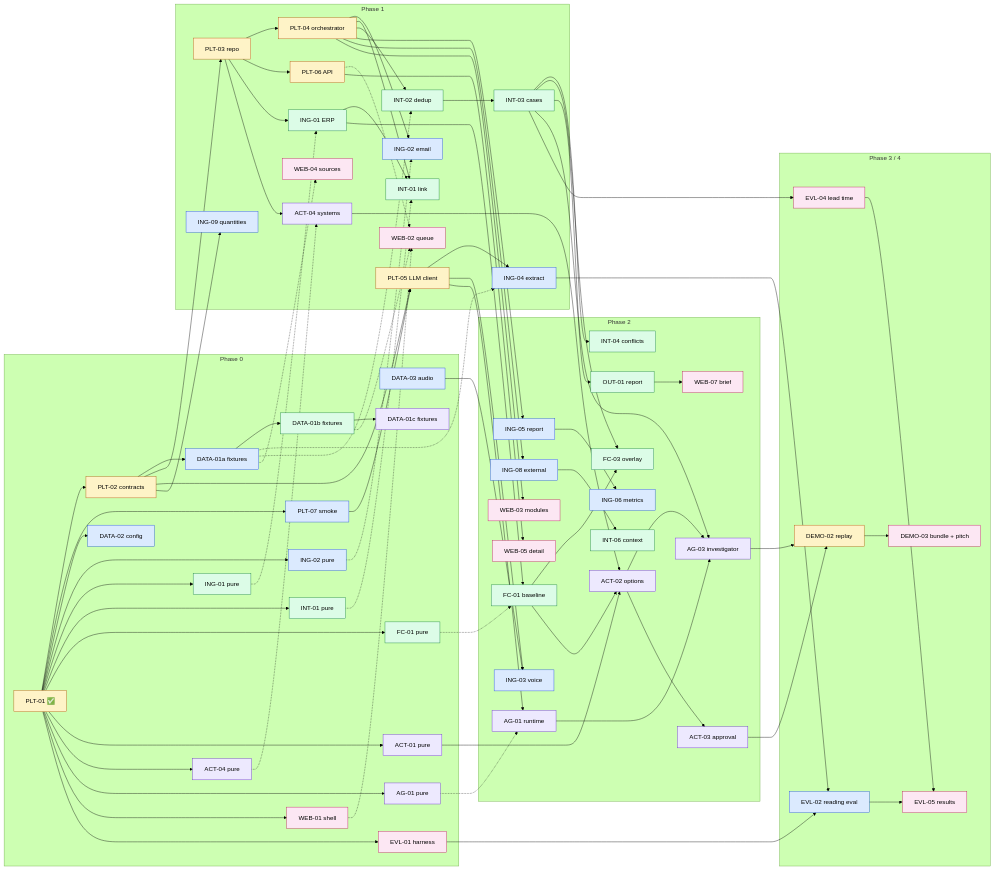
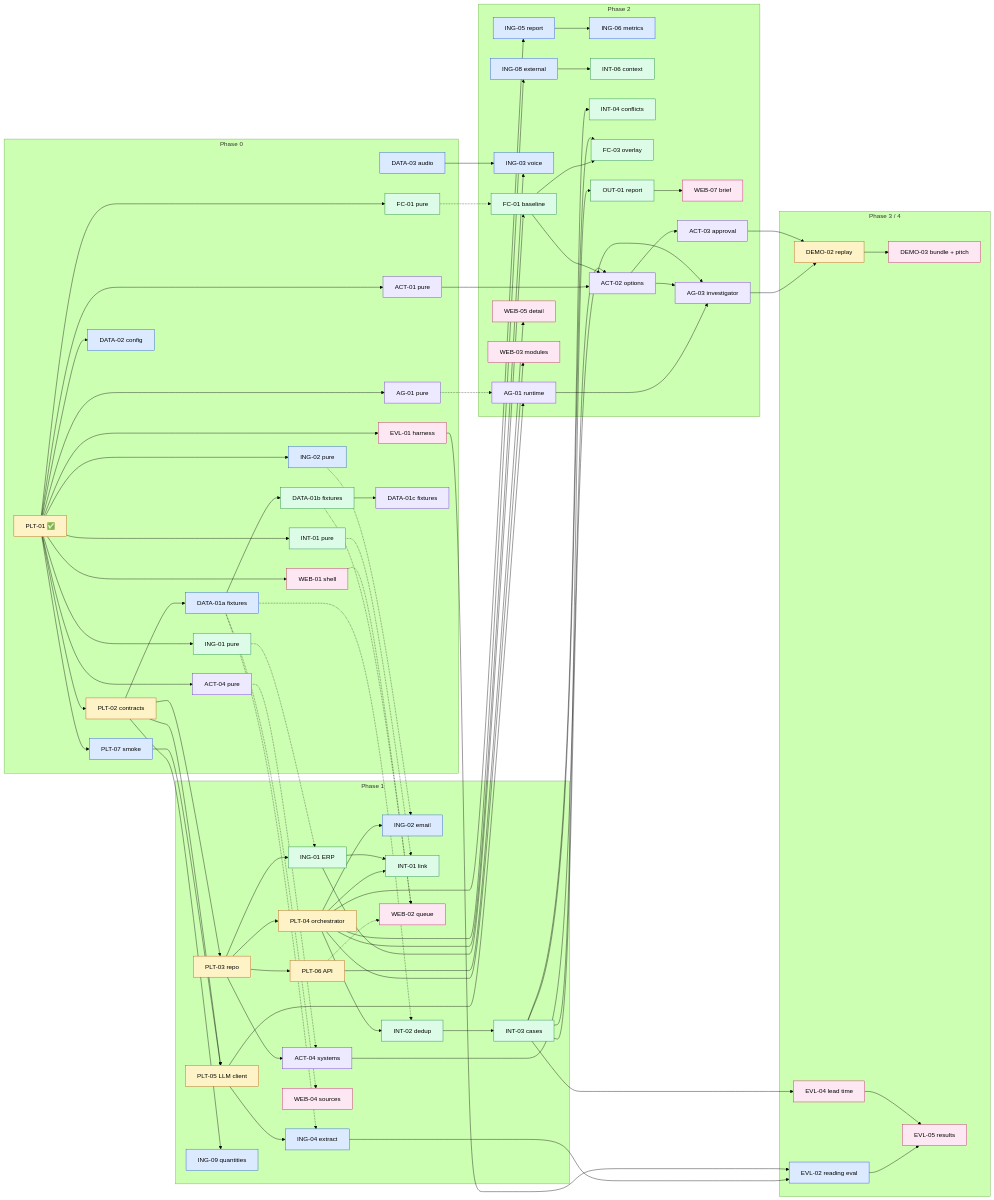
One commit to viganogabriele/fastweb-ai-hack changed the diagram in docs/PLAN.md. Above: the diagram before and after it, drawn with Mermaid (forest theme). The commit also changed other lines of this file, not shown here.

```diff
--- a/docs/PLAN.md
+++ b/docs/PLAN.md
@@ -249,7 +249,7 @@
   subgraph P2[Phase 2]
     PLT04 --> ING05[ING-05 report]:::A --> ING06[ING-06 metrics]:::A
     PLT04 --> ING08[ING-08 external]:::A --> INT06[INT-06 context]:::B
-    PLT05 --> ING03[ING-03 voice]:::A
+    PLT04 --> ING03[ING-03 voice]:::A
     DATA03 --> ING03
     INT03 --> INT04[INT-04 conflicts]:::B
     ING01 --> FC01[FC-01 baseline]:::B
```
